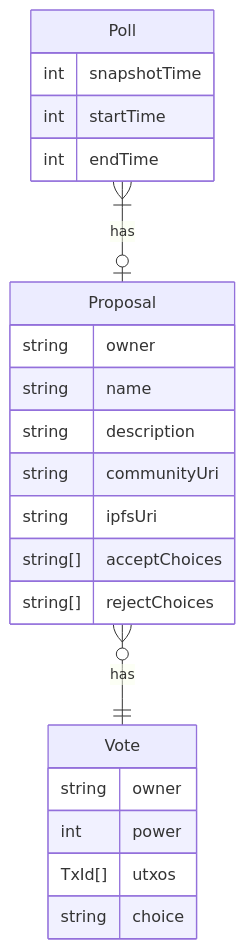
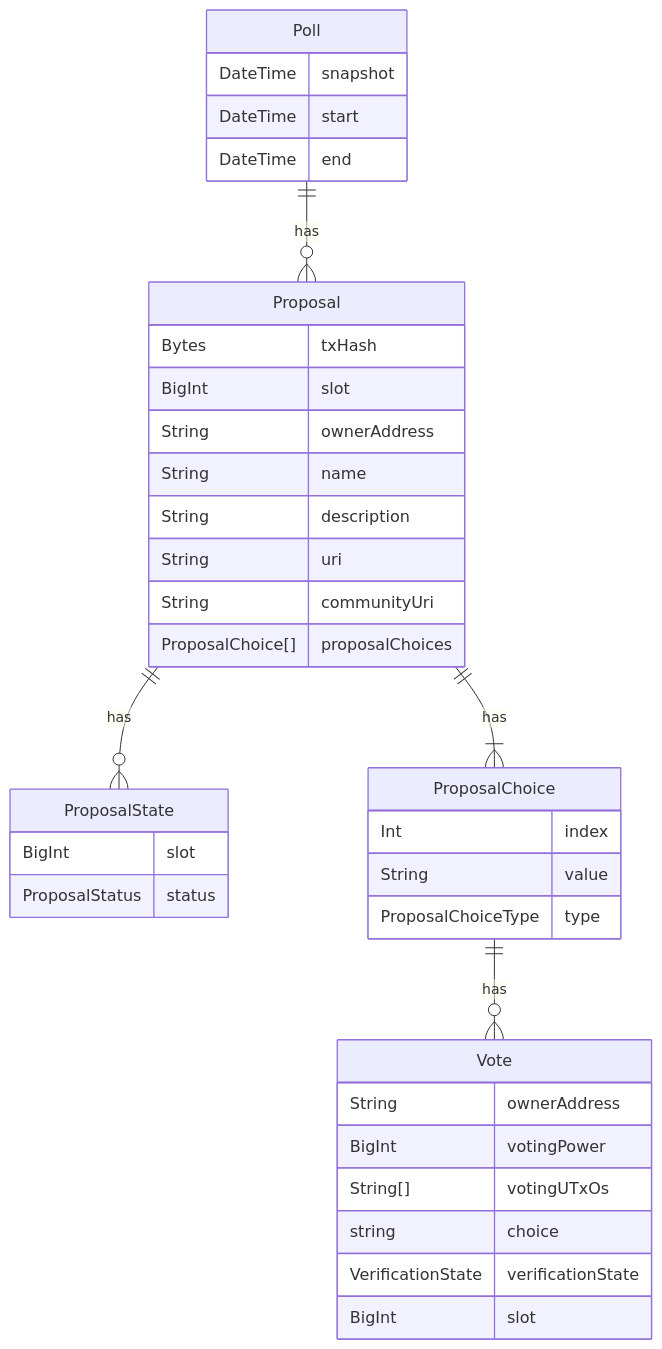
The diagram in README.md (WingRiders/on-chain-dao-governance), drawn with Mermaid before and after one commit. The commit also changed other lines of this file, not shown here.

````diff
--- a/README.md
+++ b/README.md
@@ -56,25 +56,39 @@
 ```mermaid
 erDiagram
-  Poll |{--o| Proposal : has
   Poll {
-    int snapshotTime
-    int startTime
-    int endTime
+    DateTime snapshot
+    DateTime start
+    DateTime end
   }
-  Proposal }o--|| Vote : has
+  Poll ||--o{ Proposal : has
   Proposal {
-    string owner
-    string name
-    string description
-    string communityUri
-    string ipfsUri
-    string[] acceptChoices
-    string[] rejectChoices
+    Bytes txHash
+    BigInt slot
+    String ownerAddress
+    String name
+    String description
+    String uri
+    String communityUri
+    ProposalChoice[] proposalChoices
   }
+  Proposal ||--o{ ProposalState : has
+  ProposalState {
+    BigInt slot
+    ProposalStatus status
+  }
+  Proposal ||--|{ ProposalChoice : has
+  ProposalChoice {
+    Int index
+    String value
+    ProposalChoiceType type
+  }
+  ProposalChoice ||--o{ Vote : has
   Vote {
-    string owner
-    int power
-    TxId[] utxos
+    String ownerAddress
+    BigInt votingPower
+    String[] votingUTxOs
     string choice
+    VerificationState verificationState
+    BigInt slot
   }
 ```
````
